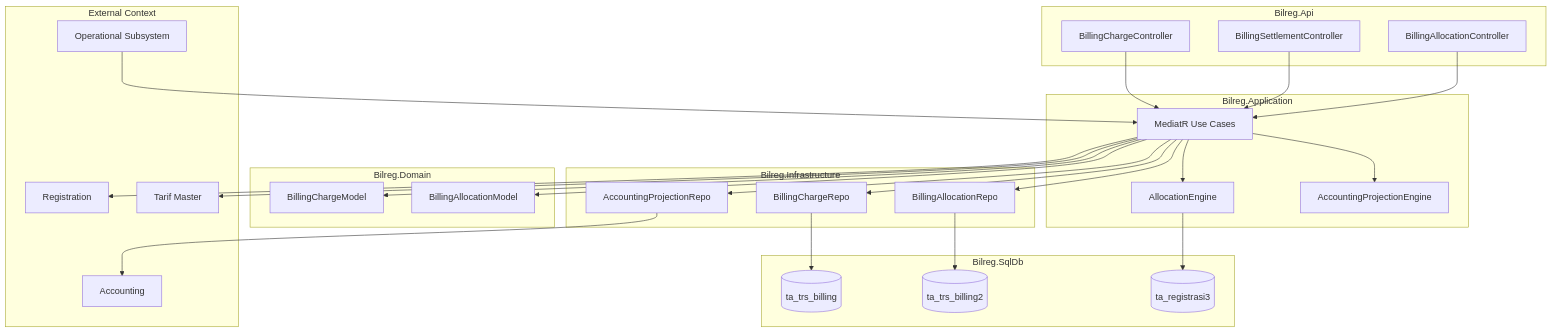
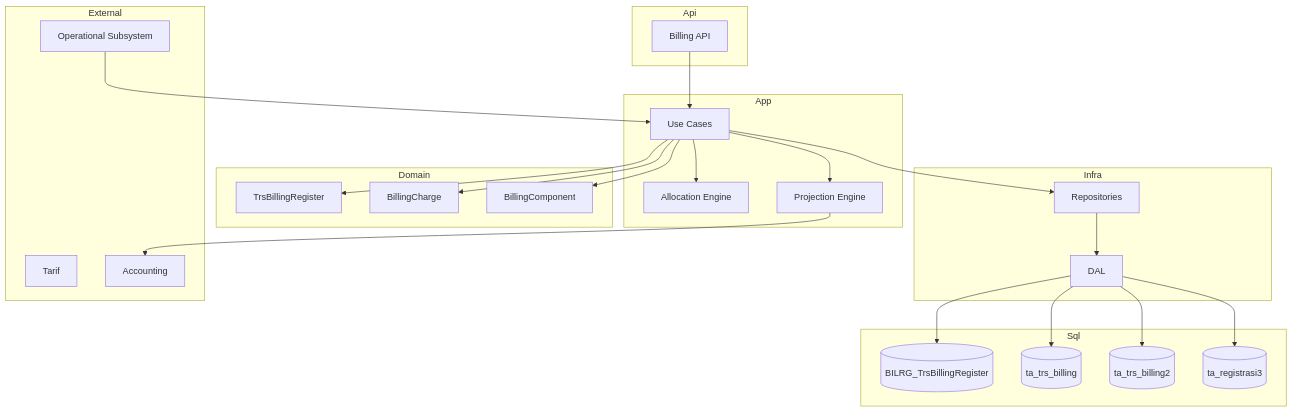
The diagram in docs/contexts/trsbilling/trsbilling-03-design.md (smart-ics/b09-bilreg-api), drawn with Mermaid before and after one commit. The commit also changed other lines of this file and 2 other files, not shown here.

Commit message:
docs: add architectural context and design specifications for TRSBILLING domain

````diff
--- a/docs/contexts/trsbilling/trsbilling-03-design.md
+++ b/docs/contexts/trsbilling/trsbilling-03-design.md
@@ -53,62 +40,57 @@
 ```mermaid
 flowchart TB
 
-    subgraph Api["Bilreg.Api"]
-        BC[BillingChargeController]
-        BS[BillingSettlementController]
-        BA[BillingAllocationController]
+    subgraph Api
+        API[Billing API]
     end
 
-    subgraph App["Bilreg.Application"]
-        UC[MediatR Use Cases]
-        AE[AllocationEngine]
-        PE[AccountingProjectionEngine]
+    subgraph App
+        UC[Use Cases]
+        AE[Allocation Engine]
+        PE[Projection Engine]
     end
 
-    subgraph Domain["Bilreg.Domain"]
-        BCM[BillingChargeModel]
-        ALM[BillingAllocationModel]
+    subgraph Domain
+        REG[TrsBillingRegister]
+        BILL[BillingCharge]
+        COMP[BillingComponent]
     end
 
-    subgraph Infra["Bilreg.Infrastructure"]
-        BCR[BillingChargeRepo]
-        BAR[BillingAllocationRepo]
-        APR[AccountingProjectionRepo]
+    subgraph Infra
+        REPO[Repositories]
+        DAL[DAL]
     end
 
-    subgraph Sql["Bilreg.SqlDb"]
+    subgraph Sql
+        AGG[(BILRG_TrsBillingRegister)]
         TB1[(ta_trs_billing)]
         TB2[(ta_trs_billing2)]
         REG3[(ta_registrasi3)]
     end
 
-    subgraph External["External Context"]
-        REG[Registration]
-        TARIF[Tarif Master]
+    subgraph External
         OPS[Operational Subsystem]
+        TARIF[Tarif]
         ACC[Accounting]
     end
 
     OPS --> UC
-    BC --> UC
-    BS --> UC
-    BA --> UC
+    API --> UC
 
-    UC --> BCM
-    UC --> ALM
+    UC --> REG
+    UC --> BILL
+    UC --> COMP
+
     UC --> AE
     UC --> PE
 
-    UC --> BCR
-    UC --> BAR
-    UC --> APR
+    UC --> REPO
+    REPO --> DAL
 
-    BCR --> TB1
-    BAR --> TB2
-    AE --> REG3
+    DAL --> AGG
+    DAL --> TB1
+    DAL --> TB2
+    DAL --> REG3
 
-    UC --> REG
-    UC --> TARIF
-
-    APR --> ACC
+    PE --> ACC
 ```
````
